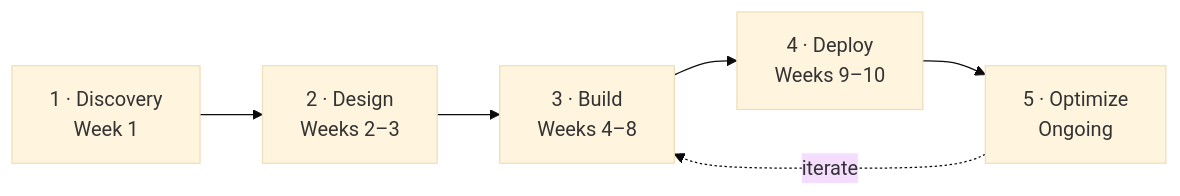
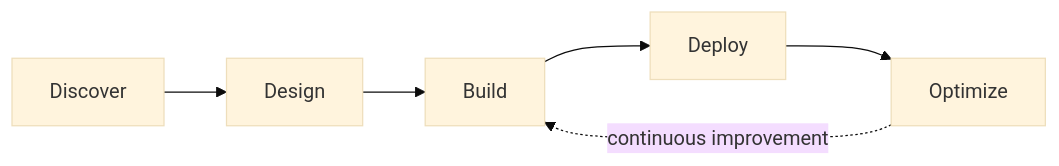
Before and after one commit to j-servo/j-servo: the diagram in README.md, drawn with Mermaid (base theme). The commit also changed other lines of this file and 2 other files, not shown here.

````diff
--- a/README.md
+++ b/README.md
@@ -152,8 +128,5 @@
 ```mermaid
 flowchart LR
-    A["1 · Discovery<br/>Week 1"] --> B["2 · Design<br/>Weeks 2–3"]
-    B --> C["3 · Build<br/>Weeks 4–8"]
-    C --> D["4 · Deploy<br/>Weeks 9–10"]
-    D --> E["5 · Optimize<br/>Ongoing"]
-    E -.->|iterate| C
+    A[Discover] --> B[Design] --> C[Build] --> D[Deploy] --> E[Optimize]
+    E -. continuous improvement .-> C
 ```
````
